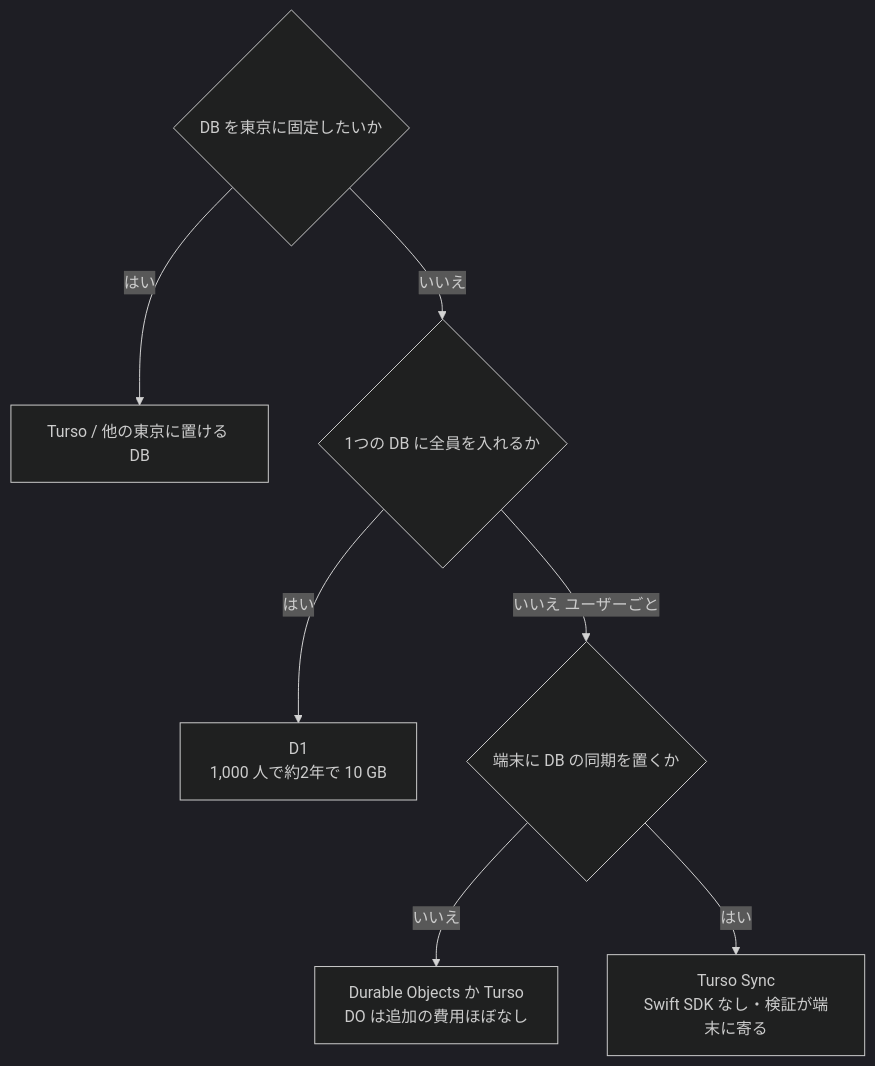
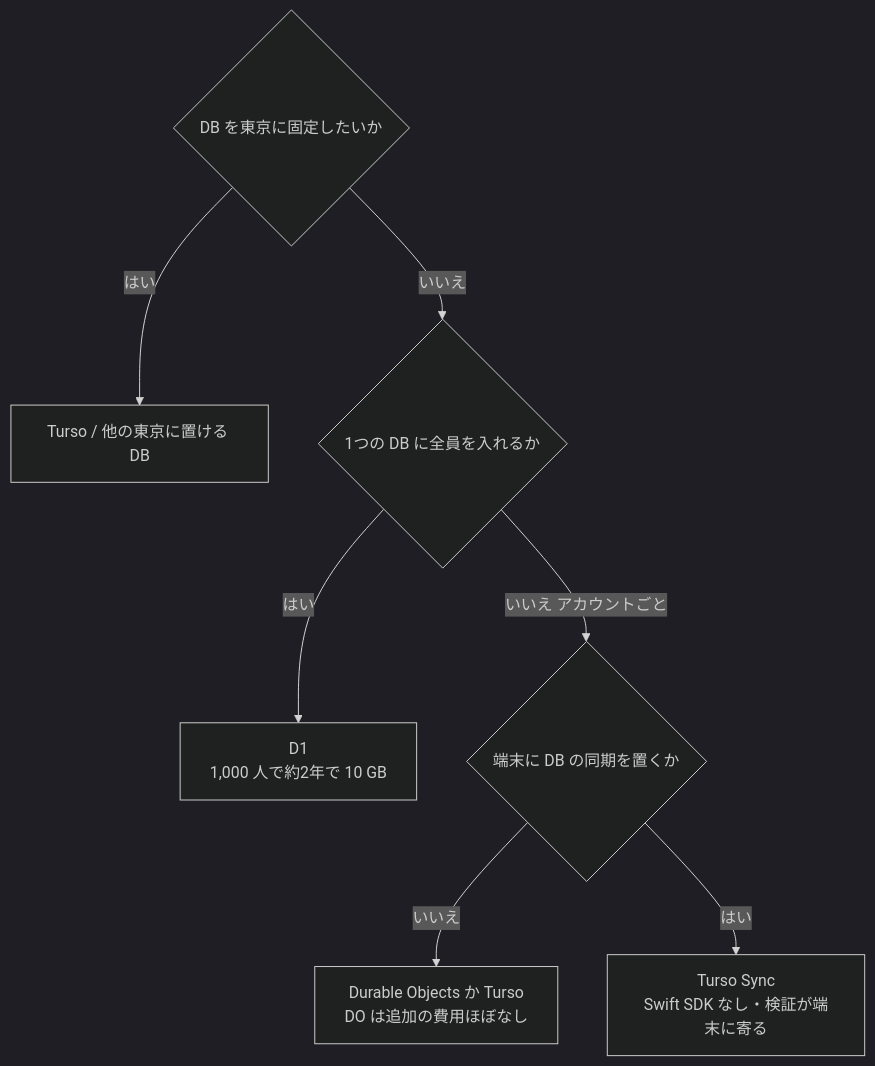
One commit to gn-t-k/nu-tori changed the seventh of 7 diagrams in docs/research/turso.md. Above: the diagram before and after it, drawn with Mermaid (dark theme). The commit also changed other lines of this file and 2 other files, not shown here.

````diff
--- a/docs/research/turso.md
+++ b/docs/research/turso.md
@@ -346,12 +346,12 @@
 ```mermaid
 flowchart TD
   Q1{DB を東京に固定したいか}
   Q1 -->|はい| T[Turso / 他の東京に置ける DB]
   Q1 -->|いいえ| Q2
   Q2{1つの DB に全員を入れるか}
   Q2 -->|はい| D1[D1<br/>1,000 人で約2年で 10 GB]
-  Q2 -->|いいえ ユーザーごと| Q3
+  Q2 -->|いいえ アカウントごと| Q3
   Q3{端末に DB の同期を置くか}
   Q3 -->|いいえ| DO[Durable Objects か Turso<br/>DO は追加の費用ほぼなし]
   Q3 -->|はい| S[Turso Sync<br/>Swift SDK なし・検証が端末に寄る]
 ```
````
